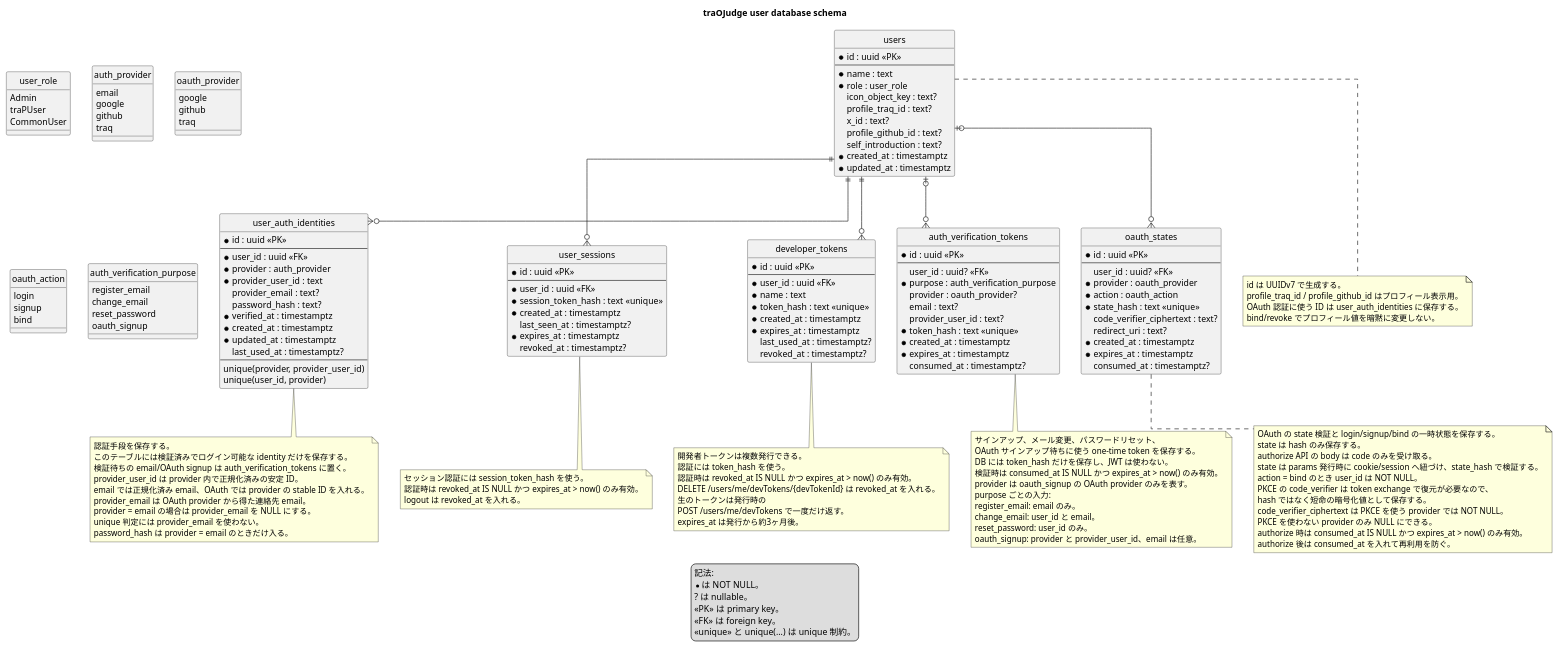
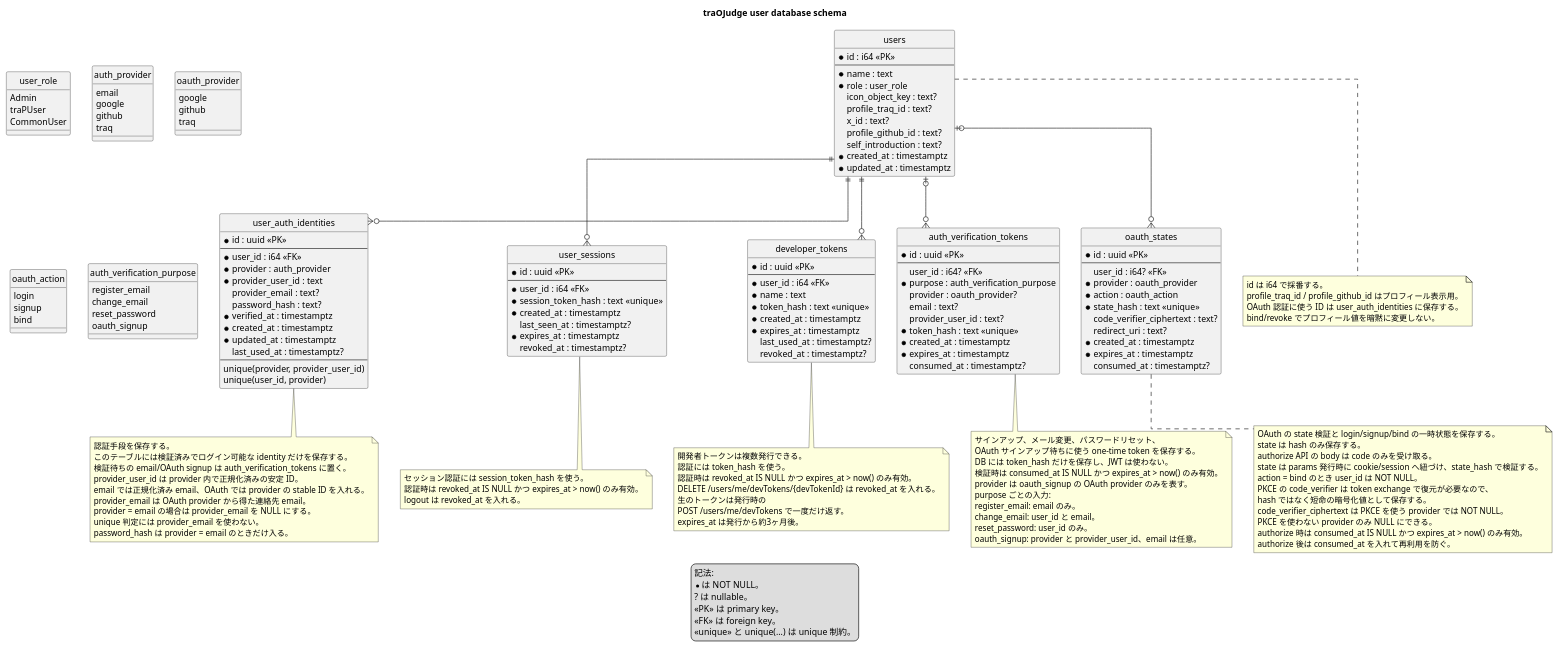
The diagram in docs/database/user.puml (traP-jp/traOJudge), drawn with PlantUML before and after one commit. The commit also changed 17 other files, not shown here.

```diff
--- a/docs/database/user.puml
+++ b/docs/database/user.puml
@@ -1,199 +1,199 @@
 @startuml user_database
 
 title traOJudge user database schema
 
 hide circle
 skinparam linetype ortho
 
 entity users {
-  * id : uuid <<PK>>
+  * id : i64 <<PK>>
   --
   * name : text
   * role : user_role
   icon_object_key : text?
   profile_traq_id : text?
   x_id : text?
   profile_github_id : text?
   self_introduction : text?
   * created_at : timestamptz
   * updated_at : timestamptz
 }
 
 entity user_auth_identities {
   * id : uuid <<PK>>
   --
-  * user_id : uuid <<FK>>
+  * user_id : i64 <<FK>>
   * provider : auth_provider
   * provider_user_id : text
   provider_email : text?
   password_hash : text?
   * verified_at : timestamptz
   * created_at : timestamptz
   * updated_at : timestamptz
   last_used_at : timestamptz?
   --
   unique(provider, provider_user_id)
   unique(user_id, provider)
 }
 
 entity user_sessions {
   * id : uuid <<PK>>
   --
-  * user_id : uuid <<FK>>
+  * user_id : i64 <<FK>>
   * session_token_hash : text <<unique>>
   * created_at : timestamptz
   last_seen_at : timestamptz?
   * expires_at : timestamptz
   revoked_at : timestamptz?
 }
 
 entity developer_tokens {
   * id : uuid <<PK>>
   --
-  * user_id : uuid <<FK>>
+  * user_id : i64 <<FK>>
   * name : text
   * token_hash : text <<unique>>
   * created_at : timestamptz
   * expires_at : timestamptz
   last_used_at : timestamptz?
   revoked_at : timestamptz?
 }
 
 entity auth_verification_tokens {
   * id : uuid <<PK>>
   --
-  user_id : uuid? <<FK>>
+  user_id : i64? <<FK>>
   * purpose : auth_verification_purpose
   provider : oauth_provider?
   email : text?
   provider_user_id : text?
   * token_hash : text <<unique>>
   * created_at : timestamptz
   * expires_at : timestamptz
   consumed_at : timestamptz?
 }
 
 entity oauth_states {
   * id : uuid <<PK>>
   --
-  user_id : uuid? <<FK>>
+  user_id : i64? <<FK>>
   * provider : oauth_provider
   * action : oauth_action
   * state_hash : text <<unique>>
   code_verifier_ciphertext : text?
   redirect_uri : text?
   * created_at : timestamptz
   * expires_at : timestamptz
   consumed_at : timestamptz?
 }
 
 enum user_role {
   Admin
   traPUser
   CommonUser
 }
 
 enum auth_provider {
   email
   google
   github
   traq
 }
 
 enum oauth_provider {
   google
   github
   traq
 }
 
 enum oauth_action {
   login
   signup
   bind
 }
 
 enum auth_verification_purpose {
   register_email
   change_email
   reset_password
   oauth_signup
 }
 
 users ||--o{ user_auth_identities
 users ||--o{ user_sessions
 users ||--o{ developer_tokens
 users |o--o{ auth_verification_tokens
 users |o--o{ oauth_states
 
 legend bottom
   記法:
   * は NOT NULL。
   ? は nullable。
   <<PK>> は primary key。
   <<FK>> は foreign key。
   <<unique>> と unique(...) は unique 制約。
 end legend
 
 note bottom of users
-  id は UUIDv7 で生成する。
+  id は i64 で採番する。
   profile_traq_id / profile_github_id はプロフィール表示用。
   OAuth 認証に使う ID は user_auth_identities に保存する。
   bind/revoke でプロフィール値を暗黙に変更しない。
 end note
 
 note bottom of user_auth_identities
   認証手段を保存する。
   このテーブルには検証済みでログイン可能な identity だけを保存する。
   検証待ちの email/OAuth signup は auth_verification_tokens に置く。
   provider_user_id は provider 内で正規化済みの安定 ID。
   email では正規化済み email、OAuth では provider の stable ID を入れる。
   provider_email は OAuth provider から得た連絡先 email。
   provider = email の場合は provider_email を NULL にする。
   unique 判定には provider_email を使わない。
   password_hash は provider = email のときだけ入る。
 end note
 
 note bottom of developer_tokens
   開発者トークンは複数発行できる。
   認証には token_hash を使う。
   認証時は revoked_at IS NULL かつ expires_at > now() のみ有効。
   DELETE /users/me/devTokens/{devTokenId} は revoked_at を入れる。
   生のトークンは発行時の
   POST /users/me/devTokens で一度だけ返す。
   expires_at は発行から約3ヶ月後。
 end note
 
 note bottom of user_sessions
   セッション認証には session_token_hash を使う。
   認証時は revoked_at IS NULL かつ expires_at > now() のみ有効。
   logout は revoked_at を入れる。
 end note
 
 note bottom of auth_verification_tokens
   サインアップ、メール変更、パスワードリセット、
   OAuth サインアップ待ちに使う one-time token を保存する。
   DB には token_hash だけを保存し、JWT は使わない。
   検証時は consumed_at IS NULL かつ expires_at > now() のみ有効。
   provider は oauth_signup の OAuth provider のみを表す。
   purpose ごとの入力:
   register_email: email のみ。
   change_email: user_id と email。
   reset_password: user_id のみ。
   oauth_signup: provider と provider_user_id、email は任意。
 end note
 
 note bottom of oauth_states
   OAuth の state 検証と login/signup/bind の一時状態を保存する。
   state は hash のみ保存する。
   authorize API の body は code のみを受け取る。
   state は params 発行時に cookie/session へ紐づけ、state_hash で検証する。
   action = bind のとき user_id は NOT NULL。
   PKCE の code_verifier は token exchange で復元が必要なので、
   hash ではなく短命の暗号化値として保存する。
   code_verifier_ciphertext は PKCE を使う provider では NOT NULL。
   PKCE を使わない provider のみ NULL にできる。
   authorize 時は consumed_at IS NULL かつ expires_at > now() のみ有効。
   authorize 後は consumed_at を入れて再利用を防ぐ。
 end note
 
 @enduml
```
